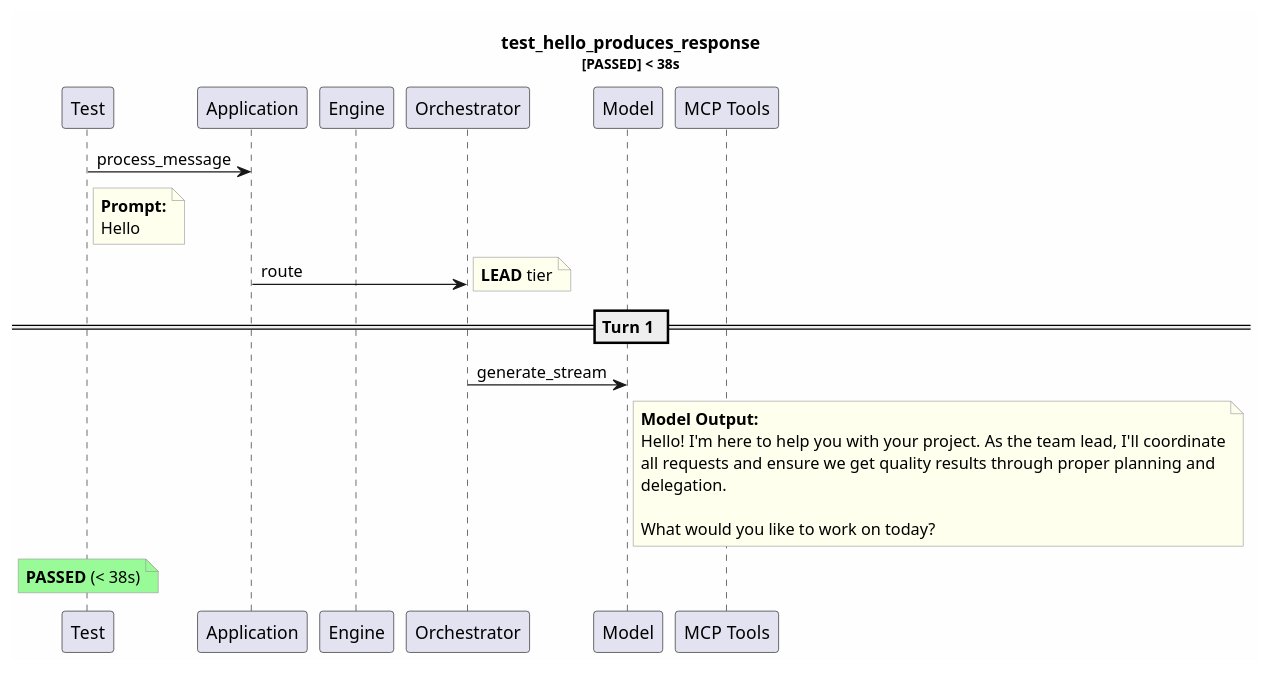
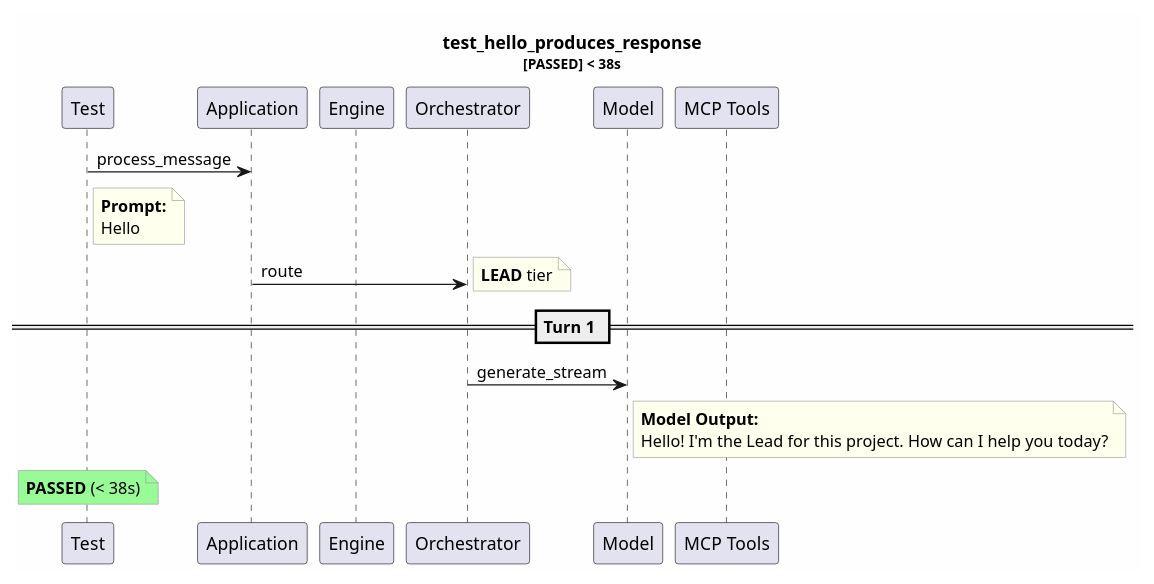
Before and after one commit to tvanfossen/entropic: the diagram in test-reports/logs/test_hello_produces_response/test_hello_produces_response.puml, drawn with PlantUML. The commit also changed 27 other files, not shown here.

```diff
--- a/test-reports/logs/test_hello_produces_response/test_hello_produces_response.puml
+++ b/test-reports/logs/test_hello_produces_response/test_hello_produces_response.puml
@@ -1,35 +1,31 @@
 @startuml
 skinparam backgroundColor #FEFEFE
 skinparam noteBorderColor #999999
 skinparam noteBackgroundColor #FFFFEE
 title test_hello_produces_response\n<size:11>[PASSED] < 38s</size>
 
 participant "Test" as T
 participant "Application" as App
 participant "Engine" as Eng
 participant "Orchestrator" as Orch
 participant "Model" as Mdl
 participant "MCP Tools" as MCP
 
 T -> App: process_message
 note right of T
   **Prompt:**
   Hello
 end note
 App -> Orch: route
 note right: **LEAD** tier
 == Turn 1 ==
 Orch -> Mdl: generate_stream
 note right of Mdl
   **Model Output:**
-  Hello! I'm here to help you with your project. As the team lead, I'll coordinate
-  all requests and ensure we get quality results through proper planning and 
-  delegation. 
-  
-  What would you like to work on today?
+  Hello! I'm the Lead for this project. How can I help you today?
 end note
 note over T #palegreen
   **PASSED** (< 38s)
 end note
 
 @enduml
```
